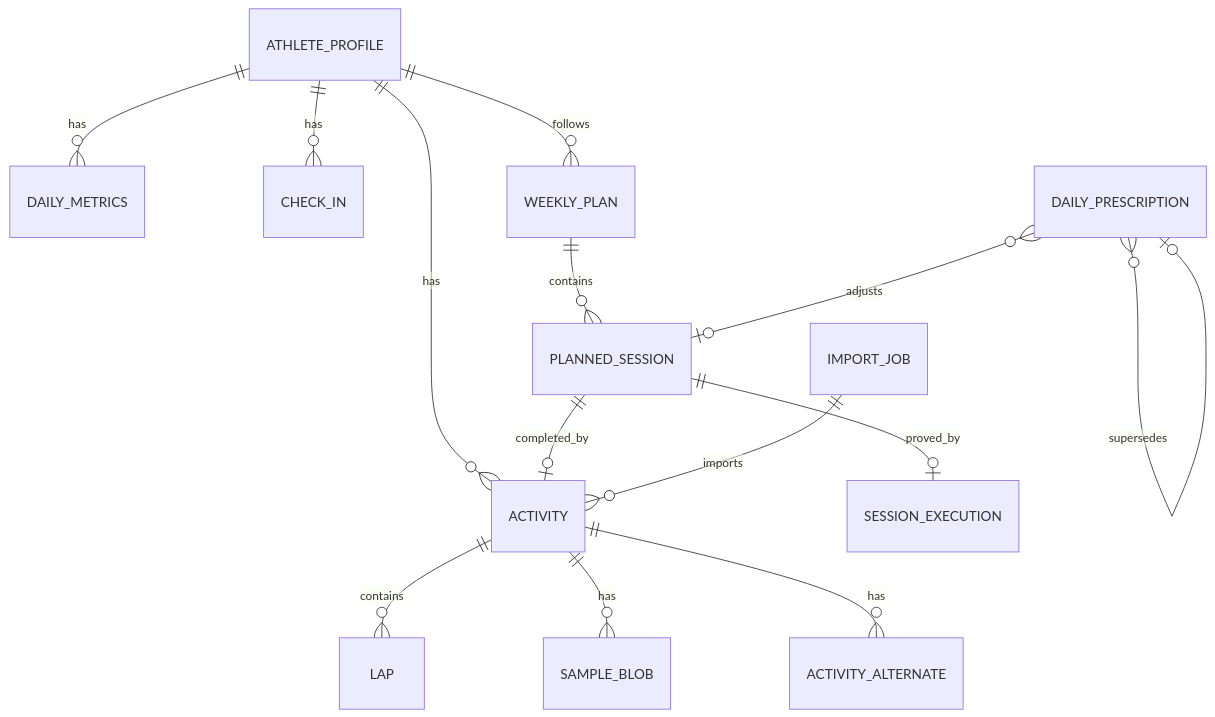
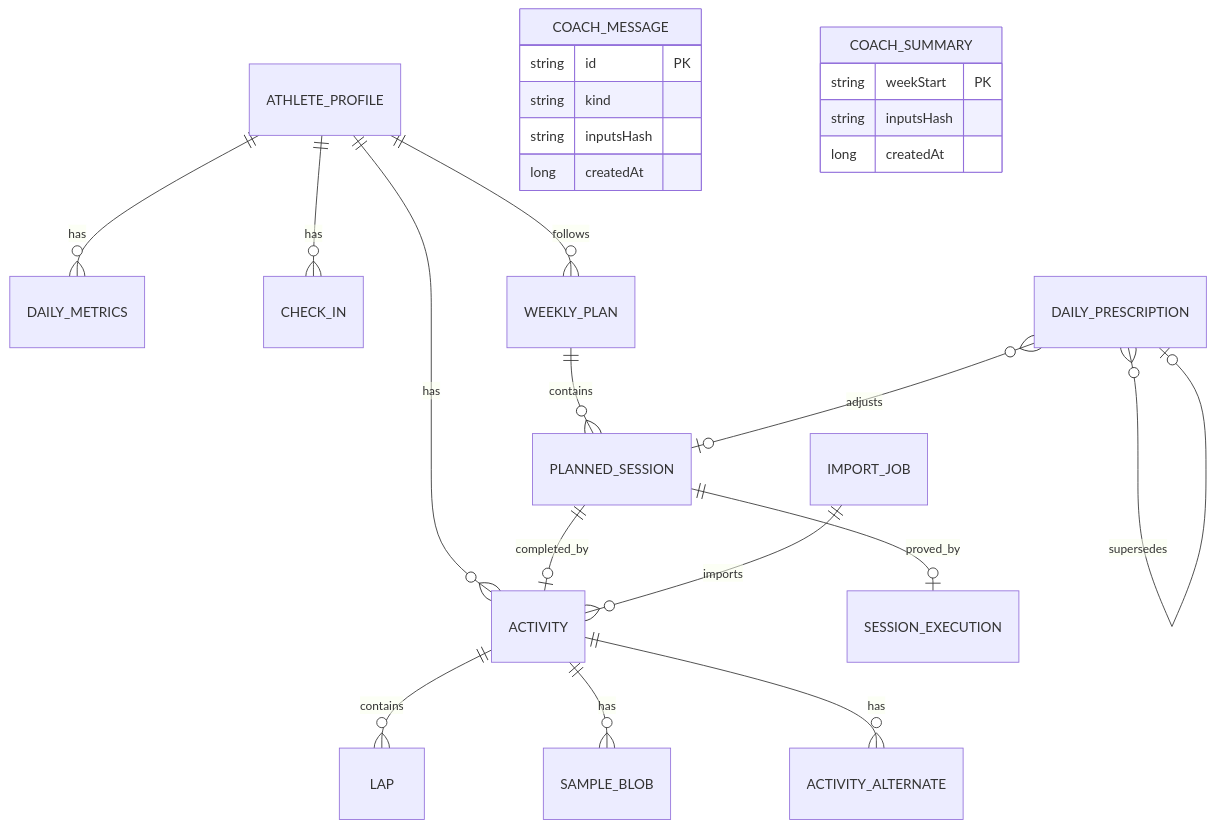
Before and after one commit to rafaelclima/meucoach: the diagram in docs/DATA_MODEL.md, drawn with Mermaid. The commit also changed other lines of this file and 9 other files, not shown here.

````diff
--- a/docs/DATA_MODEL.md
+++ b/docs/DATA_MODEL.md
@@ -19,16 +19,27 @@
 ```mermaid
 erDiagram
     ATHLETE_PROFILE ||--o{ ACTIVITY : has
     ATHLETE_PROFILE ||--o{ DAILY_METRICS : has
     ATHLETE_PROFILE ||--o{ CHECK_IN : has
     ATHLETE_PROFILE ||--o{ WEEKLY_PLAN : follows
     ACTIVITY ||--o{ LAP : contains
     ACTIVITY ||--o{ SAMPLE_BLOB : has
     ACTIVITY ||--o{ ACTIVITY_ALTERNATE : has
     WEEKLY_PLAN ||--o{ PLANNED_SESSION : contains
     PLANNED_SESSION ||--o| ACTIVITY : completed_by
     PLANNED_SESSION ||--o| SESSION_EXECUTION : proved_by
     DAILY_PRESCRIPTION }o--o| PLANNED_SESSION : adjusts
     DAILY_PRESCRIPTION }o--o| DAILY_PRESCRIPTION : supersedes
     IMPORT_JOB ||--o{ ACTIVITY : imports
+    COACH_MESSAGE {
+        string id PK
+        string kind
+        string inputsHash
+        long createdAt
+    }
+    COACH_SUMMARY {
+        string weekStart PK
+        string inputsHash
+        long createdAt
+    }
 ```
````
